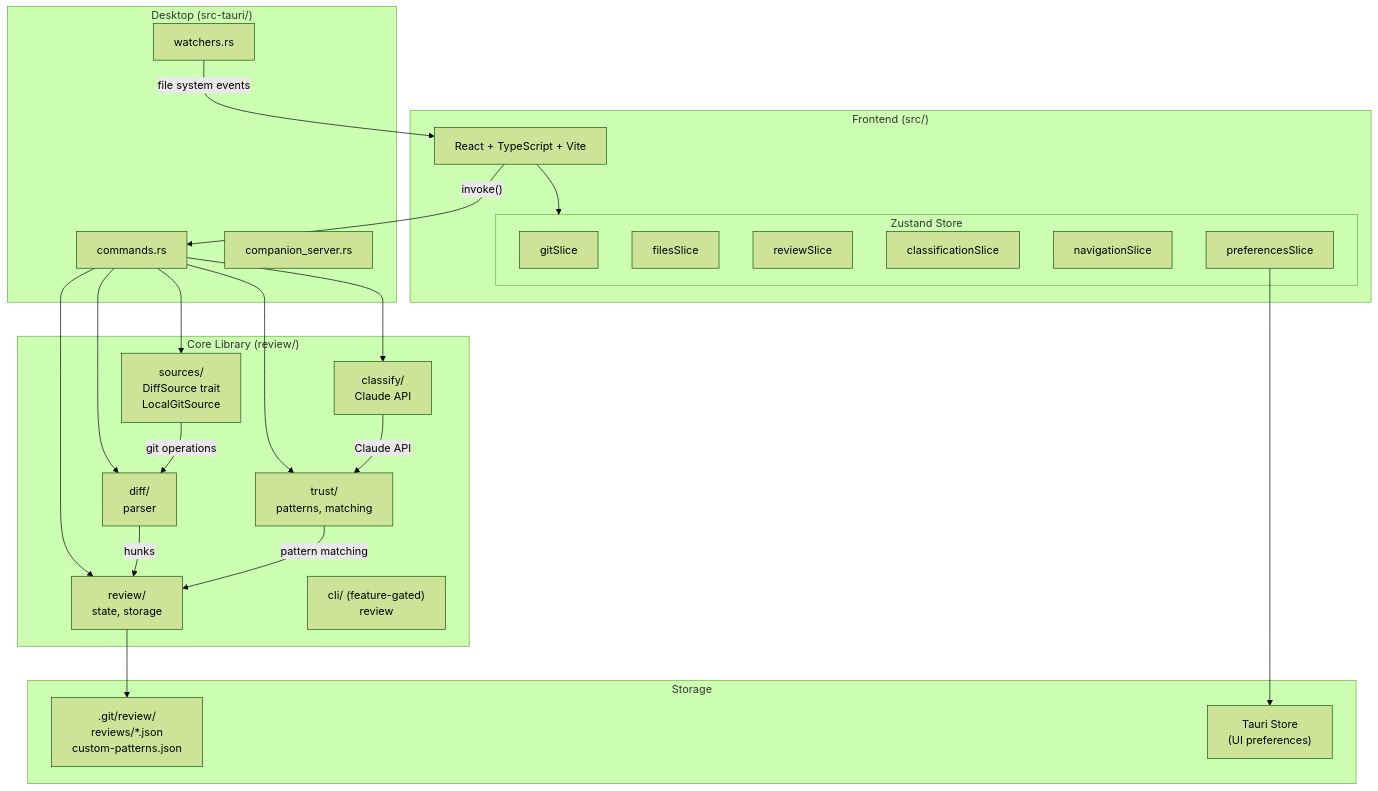
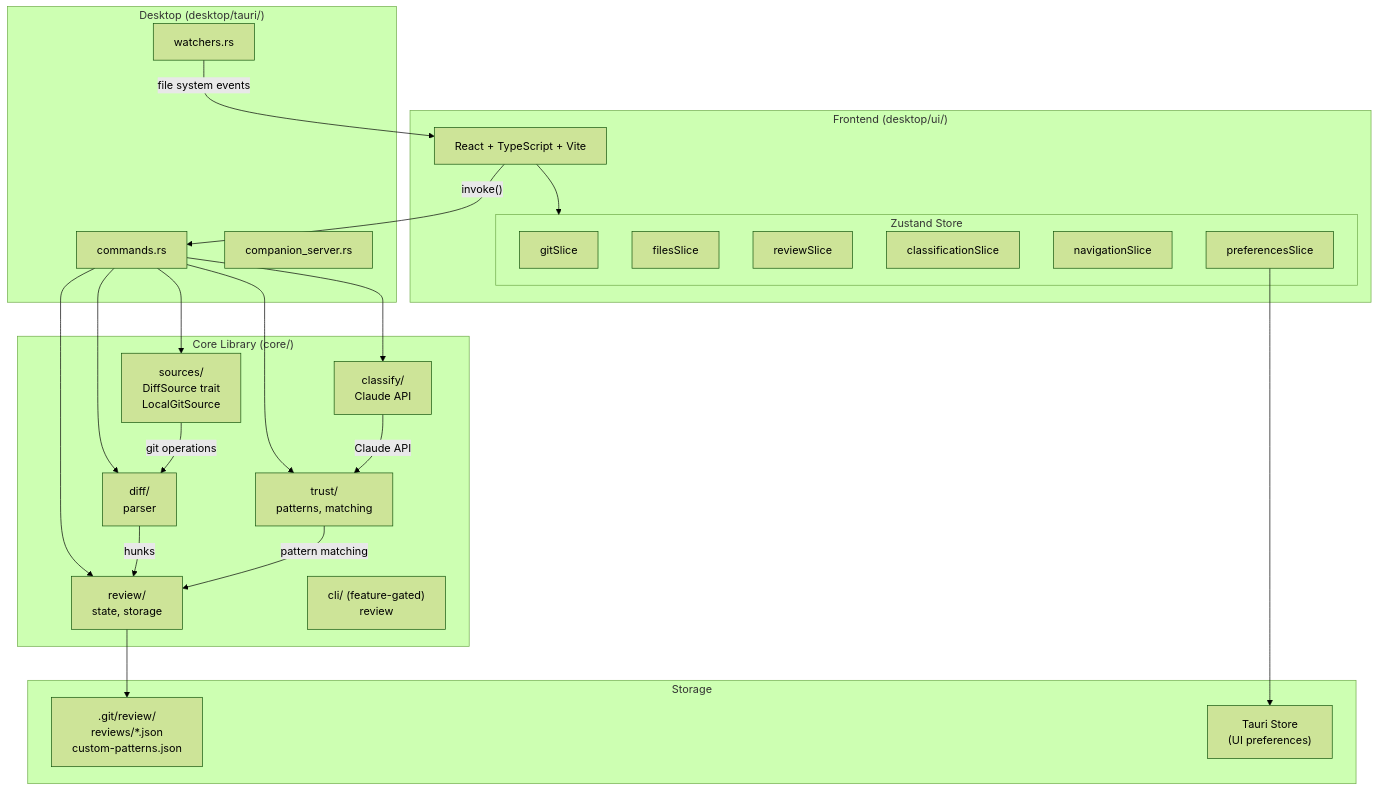
Before and after one commit to dropseed/review: the diagram in README.md, drawn with Mermaid (forest theme). The commit also changed other lines of this file and 289 other files, not shown here.

First line of the commit message:
Restructure project: core/, desktop/, ios/ as top-level peers

````diff
--- a/README.md
+++ b/README.md
@@ -52,61 +52,61 @@
 ```mermaid
 graph TB
-    subgraph Frontend["Frontend (src/)"]
+    subgraph Frontend["Frontend (desktop/ui/)"]
         React["React + TypeScript + Vite"]
         subgraph Zustand["Zustand Store"]
             gitSlice["gitSlice"]
             filesSlice["filesSlice"]
             reviewSlice["reviewSlice"]
             classificationSlice["classificationSlice"]
             navigationSlice["navigationSlice"]
             preferencesSlice["preferencesSlice"]
         end
         React --> Zustand
     end
 
-    subgraph Desktop["Desktop (src-tauri/)"]
+    subgraph Desktop["Desktop (desktop/tauri/)"]
         commands["commands.rs"]
         watchers["watchers.rs"]
         companion_server["companion_server.rs"]
     end
 
-    subgraph Core["Core Library (review/)"]
+    subgraph Core["Core Library (core/)"]
         sources["sources/
         DiffSource trait
         LocalGitSource"]
         diff["diff/
         parser"]
         review["review/
         state, storage"]
         trust["trust/
         patterns, matching"]
         classify["classify/
         Claude API"]
         cli["cli/ (feature-gated)
         review"]
     end
 
     subgraph Storage["Storage"]
         git_review[".git/review/
         reviews/*.json
         custom-patterns.json"]
         tauri_store["Tauri Store
         (UI preferences)"]
     end
 
     React -->|"invoke()"| commands
     commands --> sources
     commands --> diff
     commands --> review
     commands --> trust
     commands --> classify
     watchers -->|"file system events"| React
 
     sources -->|"git operations"| diff
     diff -->|"hunks"| review
     trust -->|"pattern matching"| review
     classify -->|"Claude API"| trust
 
     review --> git_review
     preferencesSlice --> tauri_store
 ```
````
